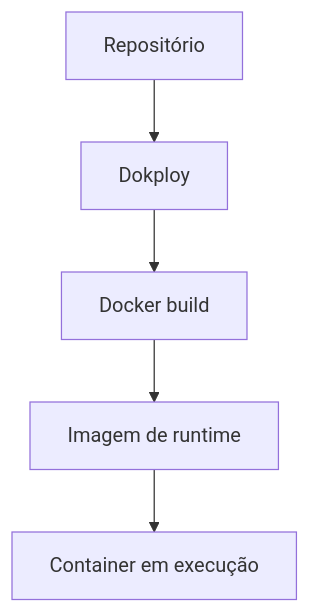
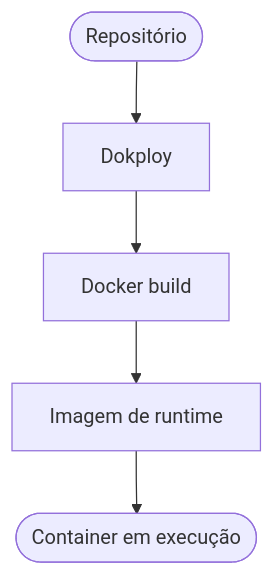
The second of 2 diagrams in web/content/blog/rewriting-my-portfolio-for-self-hosting.pt-BR.mdx (ErickCReis/ErickCReis), drawn with Mermaid before and after one commit. The commit also changed other lines of this file and 23 other files, not shown here.

Commit message:
Polish Mermaid diagrams across blog posts

````diff
--- a/web/content/blog/rewriting-my-portfolio-for-self-hosting.pt-BR.mdx
+++ b/web/content/blog/rewriting-my-portfolio-for-self-hosting.pt-BR.mdx
@@ -47,7 +45,7 @@
 ```mermaid center
 flowchart TB
-  Source["Repositório"] --> Dokploy["Dokploy"]
+  Source(["Repositório"]) --> Dokploy["Dokploy"]
   Dokploy --> Build["Docker build"]
   Build --> Image["Imagem de runtime"]
-  Image --> Container["Container em execução"]
+  Image --> Container(["Container em execução"])
 ```
````
